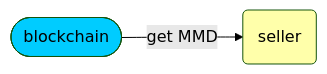
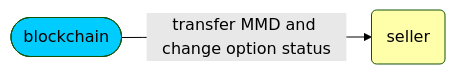
Before and after one commit to Joe-Bradley/S_K: the fourth of 6 diagrams in README.md, drawn with Mermaid (forest theme). The commit also changed other lines of this file and 33 other files, not shown here.

````diff
--- a/README.md
+++ b/README.md
@@ -58,8 +49,8 @@
 ```mermaid
 graph LR
-b([blockchain]):::class2 --> |get MMD |a(seller):::class1
+b([blockchain]):::class2 --> |transfer MMD and change option status|a(seller):::class1
 classDef class1 fill:#ffaf;
 classDef class2 fill:#00ccff;
 classDef class3 fill:#ffe7ba;
 classDef class4 fill:#ff83fa;
 ```
````
